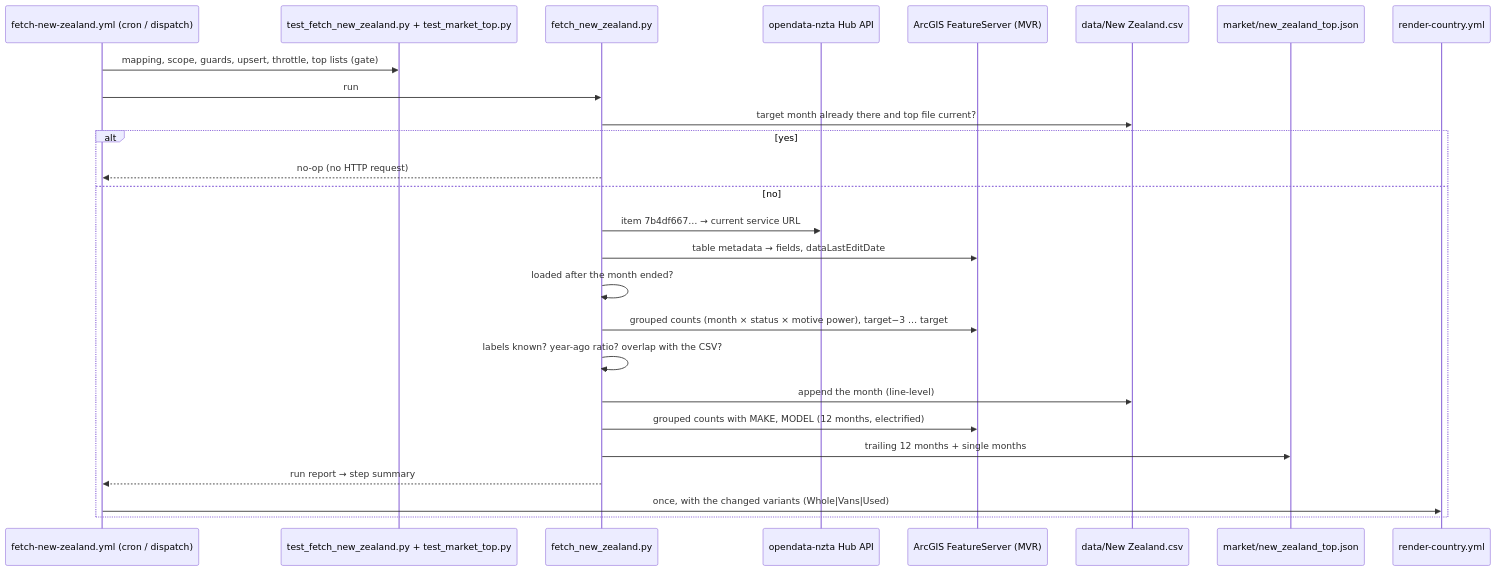
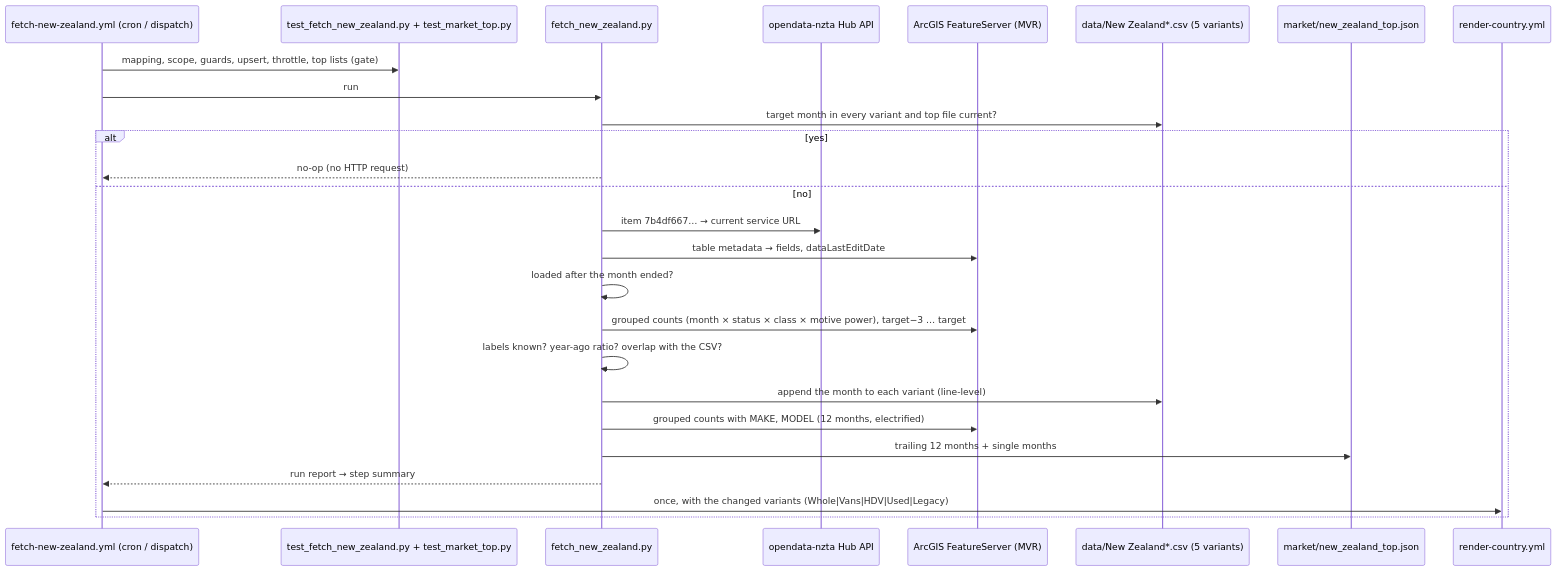
One commit to LeRaffl/LeRaffl-Gallery changed the diagram in docs/architecture/19-source-new-zealand.md. Above: the diagram before and after it, drawn with Mermaid. The commit also changed other lines of this file and 14 other files, not shown here.

First line of the commit message:
feat: split New Zealand into EU-class variants, keep the old series as Legacy

````diff
--- a/docs/architecture/19-source-new-zealand.md
+++ b/docs/architecture/19-source-new-zealand.md
@@ -284,28 +321,28 @@
 ```mermaid
 sequenceDiagram
     participant Cron as fetch-new-zealand.yml (cron / dispatch)
     participant Test as test_fetch_new_zealand.py + test_market_top.py
     participant Py as fetch_new_zealand.py
     participant Hub as opendata-nzta Hub API
     participant FS as ArcGIS FeatureServer (MVR)
-    participant CSV as data/New Zealand.csv
+    participant CSV as data/New Zealand*.csv (5 variants)
     participant Top as market/new_zealand_top.json
     participant Render as render-country.yml
     Cron->>Test: mapping, scope, guards, upsert, throttle, top lists (gate)
     Cron->>Py: run
-    Py->>CSV: target month already there and top file current?
+    Py->>CSV: target month in every variant and top file current?
     alt yes
         Py-->>Cron: no-op (no HTTP request)
     else no
         Py->>Hub: item 7b4df667… → current service URL
         Py->>FS: table metadata → fields, dataLastEditDate
         Py->>Py: loaded after the month ended?
-        Py->>FS: grouped counts (month × status × motive power), target−3 … target
+        Py->>FS: grouped counts (month × status × class × motive power), target−3 … target
         Py->>Py: labels known? year-ago ratio? overlap with the CSV?
-        Py->>CSV: append the month (line-level)
+        Py->>CSV: append the month to each variant (line-level)
         Py->>FS: grouped counts with MAKE, MODEL (12 months, electrified)
         Py->>Top: trailing 12 months + single months
         Py-->>Cron: run report → step summary
-        Cron->>Render: once, with the changed variants (Whole|Vans|Used)
+        Cron->>Render: once, with the changed variants (Whole|Vans|HDV|Used|Legacy)
     end
 ```
````
